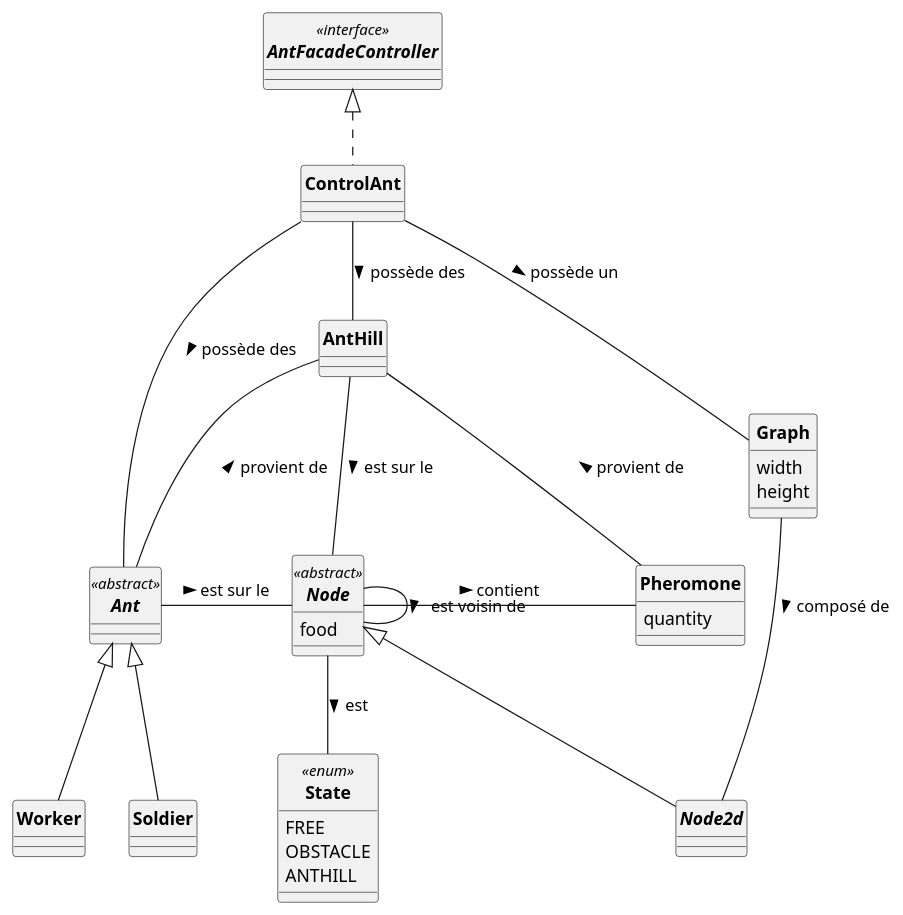
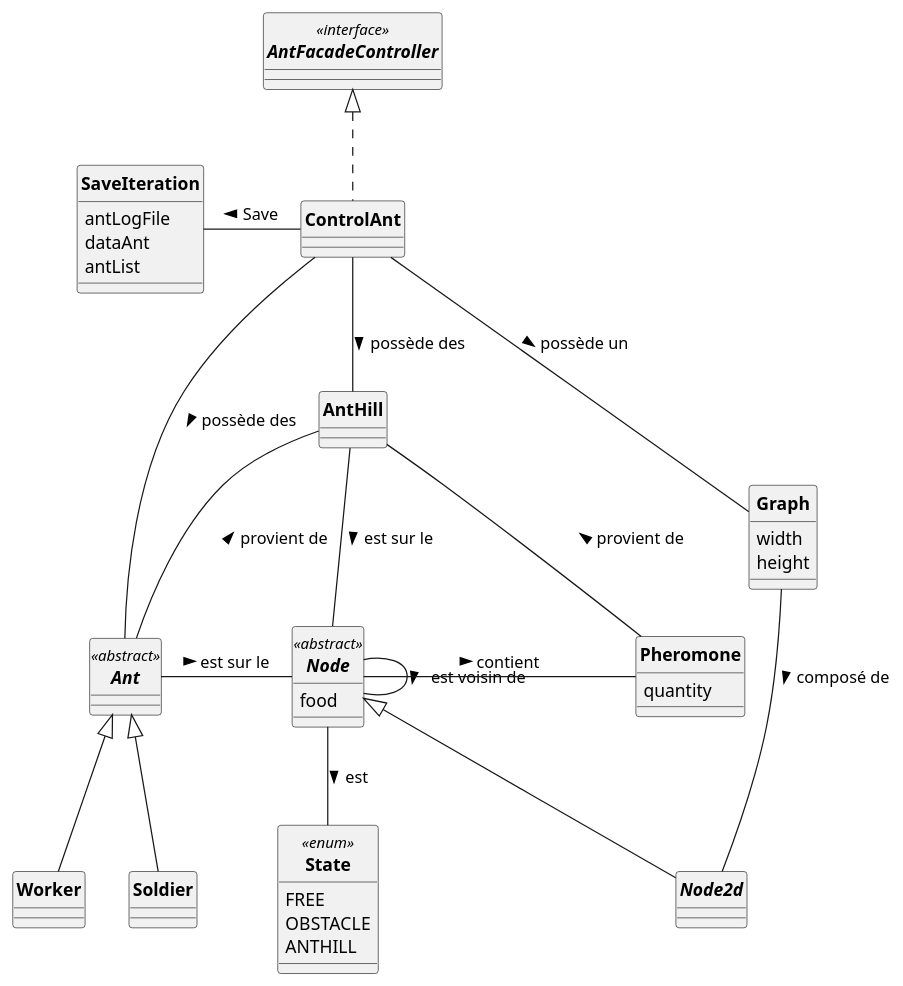
One commit to ErenMustafaGit/ColonieFourmis changed the diagram in src/main/uml/Fourmis_DCa.puml. Above: the diagram before and after it, drawn with PlantUML.

Commit message:
Update du diagram d'analyse (ajout de SaveIteration)

```diff
--- a/src/main/uml/Fourmis_DCa.puml
+++ b/src/main/uml/Fourmis_DCa.puml
@@ -1,72 +1,78 @@
 @startuml
 'https://plantuml.com/sequence-diagram
 skinparam style strictuml
 skinparam classAttributeIconSize 0
 skinparam circledCharacterRadius 0
 skinparam circledCharacterFontSize 0
 skinparam classFontStyle Bold
 'autonumber
 
 
 interface AntFacadeController<<interface>>{
 
 }
 
 enum State <<enum>> {
     FREE
     OBSTACLE
     ANTHILL
 }
 
 
 class Graph {
      width
      height
 }
 abstract Node <<abstract>>{
     food
 }
 
 
 
 abstract Ant <<abstract>>{
 
 }
 
 class AntHill {
 
 }
 
 class Soldier extends Ant{
 
 }
 
 class Worker extends Ant{
 }
 
+class SaveIteration{
+    antLogFile
+    dataAnt
+    antList
+}
 
 class ControlAnt implements AntFacadeController{
 }
 
 class Pheromone{
     quantity
 }
 
 abstract class Node2d extends Node{
 }
+SaveIteration - ControlAnt : Save <
 
 Node - Node : est voisin de >
 ControlAnt -- Graph : possède un >
 ControlAnt --- Ant : possède des >
 ControlAnt -- AntHill : possède des >
 Graph -- Node2d : composé de >
 Ant  - Node : est sur le >
 Node --  State : est >
 Node - Pheromone : contient >
 Node - AntHill : est sur le <
 
 Ant -u- AntHill : provient de >
 Pheromone - AntHill : provient de >
 
 
 @enduml
```
